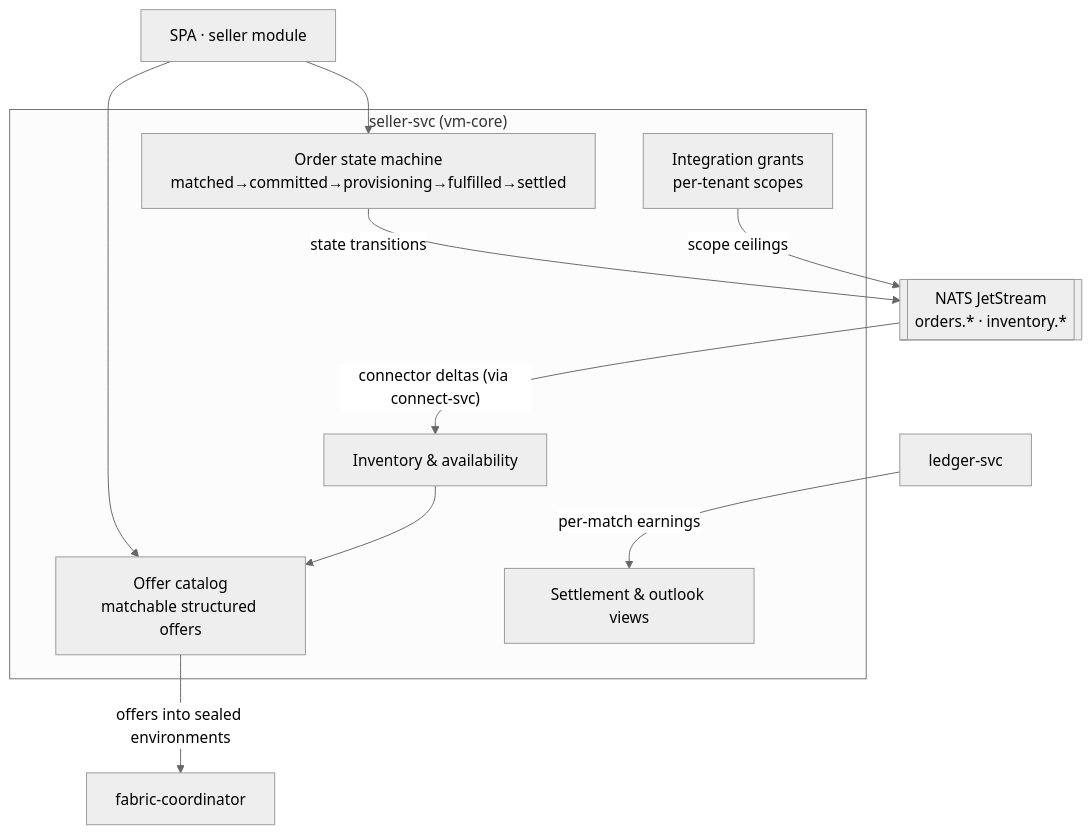
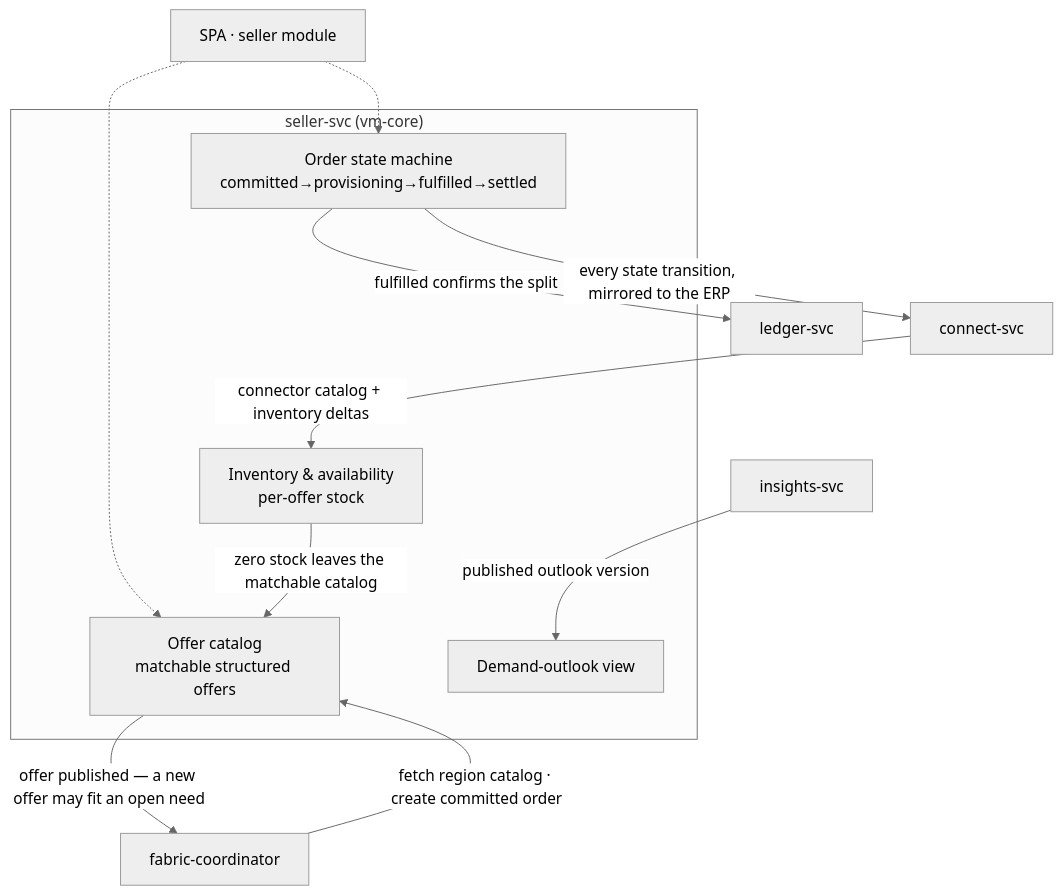
Before and after one commit to alius-git/amisad.dev: the diagram in plan/design/03-seller.md, drawn with Mermaid (neutral theme). The commit also changed other lines of this file and 19 other files, not shown here.

````diff
--- a/plan/design/03-seller.md
+++ b/plan/design/03-seller.md
@@ -7,23 +7,24 @@
 ```mermaid
 flowchart TD
     subgraph svc["seller-svc (vm-core)"]
         catalog["Offer catalog<br/>matchable structured offers"]
-        inventory["Inventory & availability"]
-        orders["Order state machine<br/>matched→committed→provisioning→fulfilled→settled"]
-        grants["Integration grants<br/>per-tenant scopes"]
-        views["Settlement & outlook views"]
+        inventory["Inventory & availability<br/>per-offer stock"]
+        orders["Order state machine<br/>committed→provisioning→fulfilled→settled"]
+        outlook["Demand-outlook view"]
     end
     spa["SPA · seller module"]
     coordinator["fabric-coordinator"]
-    nats[["NATS JetStream<br/>orders.* · inventory.*"]]
+    connect["connect-svc"]
     ledger["ledger-svc"]
+    insights["insights-svc"]
 
-    spa --> catalog
-    spa --> orders
-    catalog -->|"offers into sealed environments"| coordinator
-    inventory --> catalog
-    nats -->|"connector deltas (via connect-svc)"| inventory
-    orders -->|"state transitions"| nats
-    ledger -->|"per-match earnings"| views
-    grants -->|"scope ceilings"| nats
+    spa -.-> catalog
+    spa -.-> orders
+    coordinator -->|"fetch region catalog · create committed order"| catalog
+    catalog -->|"offer published — a new offer may fit an open need"| coordinator
+    inventory -->|"zero stock leaves the matchable catalog"| catalog
+    connect -->|"connector catalog + inventory deltas"| inventory
+    orders -->|"every state transition, mirrored to the ERP"| connect
+    orders -->|"fulfilled confirms the split"| ledger
+    insights -->|"published outlook version"| outlook
 ```
````
